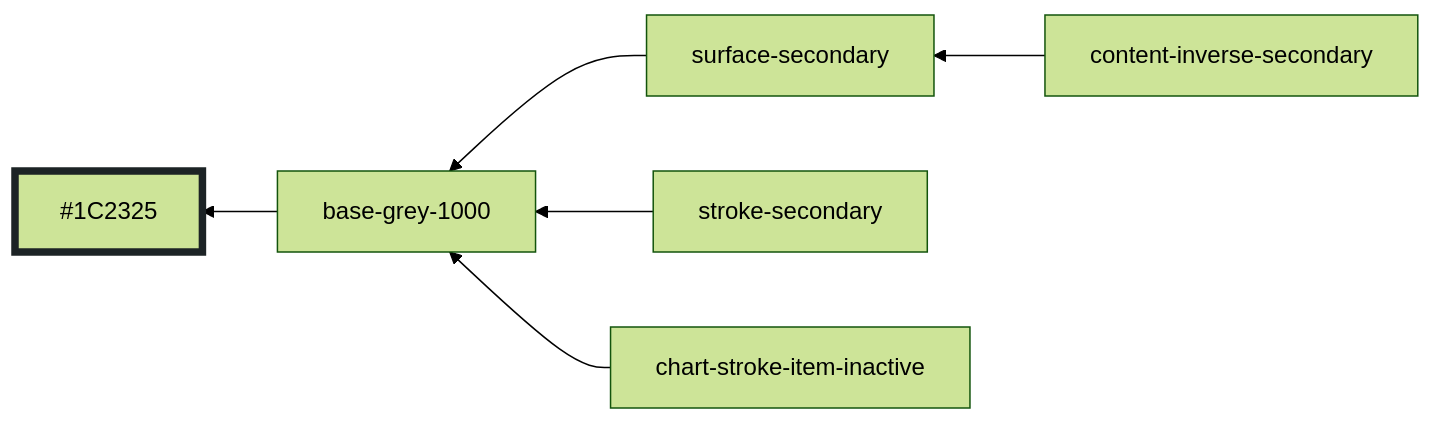
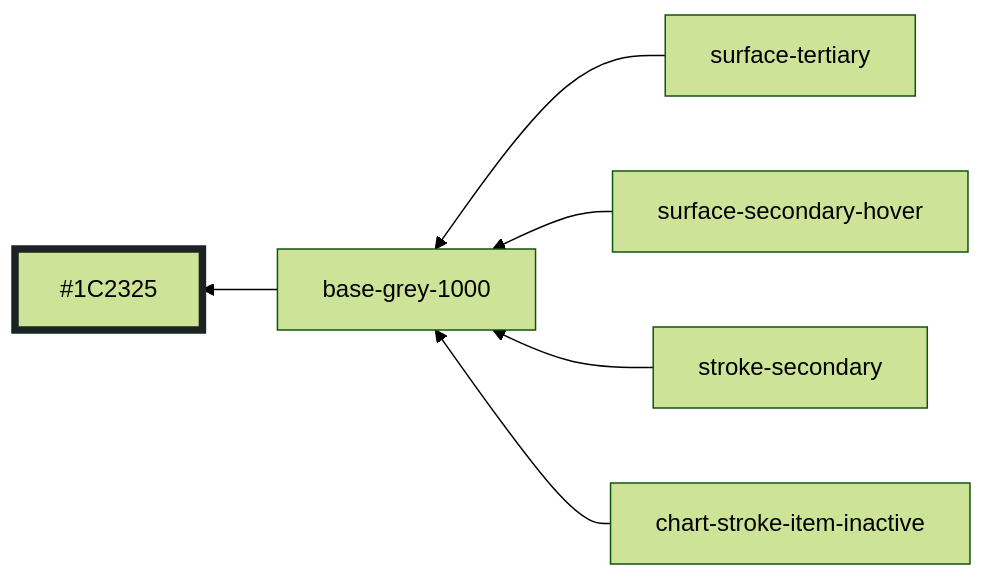
Diagram 26 of 30 in libs/ui/styles/themes/main.md (oxidecomputer/console), drawn with Mermaid (forest theme) before and after one commit. The commit also changed other lines of this file and 4 other files, not shown here.

````diff
--- a/libs/ui/styles/themes/main.md
+++ b/libs/ui/styles/themes/main.md
@@ -329,10 +328,10 @@
 ```mermaid
 graph RL
   base-grey-1000 --> #1C2325:::base-grey-1000
-  surface-secondary --> base-grey-1000
-  content-inverse-secondary --> surface-secondary
+  surface-tertiary --> base-grey-1000
+  surface-secondary-hover --> base-grey-1000
   stroke-secondary --> base-grey-1000
   chart-stroke-item-inactive --> base-grey-1000
 
   classDef base-grey-1000 stroke-width:5,stroke:#1C2325
 ```
````
